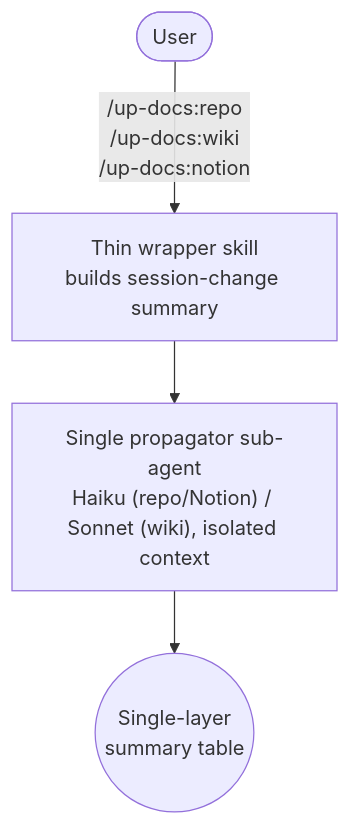
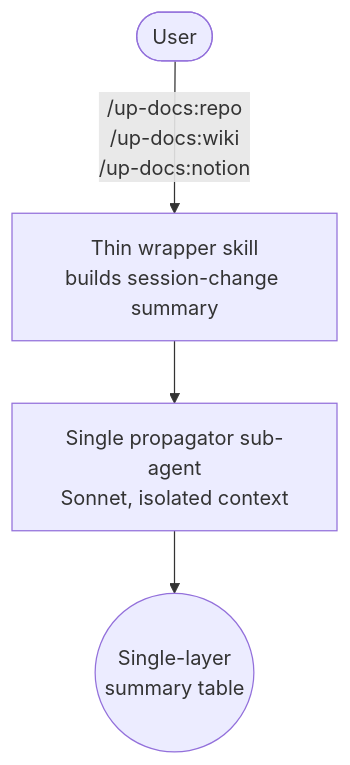
The second of 3 diagrams in plugins/up-docs/README.md (L3DigitalNet/Claude-Code-Plugins), drawn with Mermaid before and after one commit. The commit also changed other lines of this file and 9 other files, not shown here.

First line of the commit message:
feat(up-docs): promote repo + Notion propagators Haiku → Sonnet (all sub-agents now Sonnet)

````diff
--- a/plugins/up-docs/README.md
+++ b/plugins/up-docs/README.md
@@ -118,6 +118,6 @@
 ```mermaid
 flowchart TD
     User([User]) -->|"/up-docs:repo<br/>/up-docs:wiki<br/>/up-docs:notion"| Wrapper[Thin wrapper skill<br/>builds session-change summary]
-    Wrapper --> Agent["Single propagator sub-agent<br/>Haiku (repo/Notion) / Sonnet (wiki), isolated context"]
+    Wrapper --> Agent["Single propagator sub-agent<br/>Sonnet, isolated context"]
     Agent --> Table((Single-layer<br/>summary table))
 ```
````
